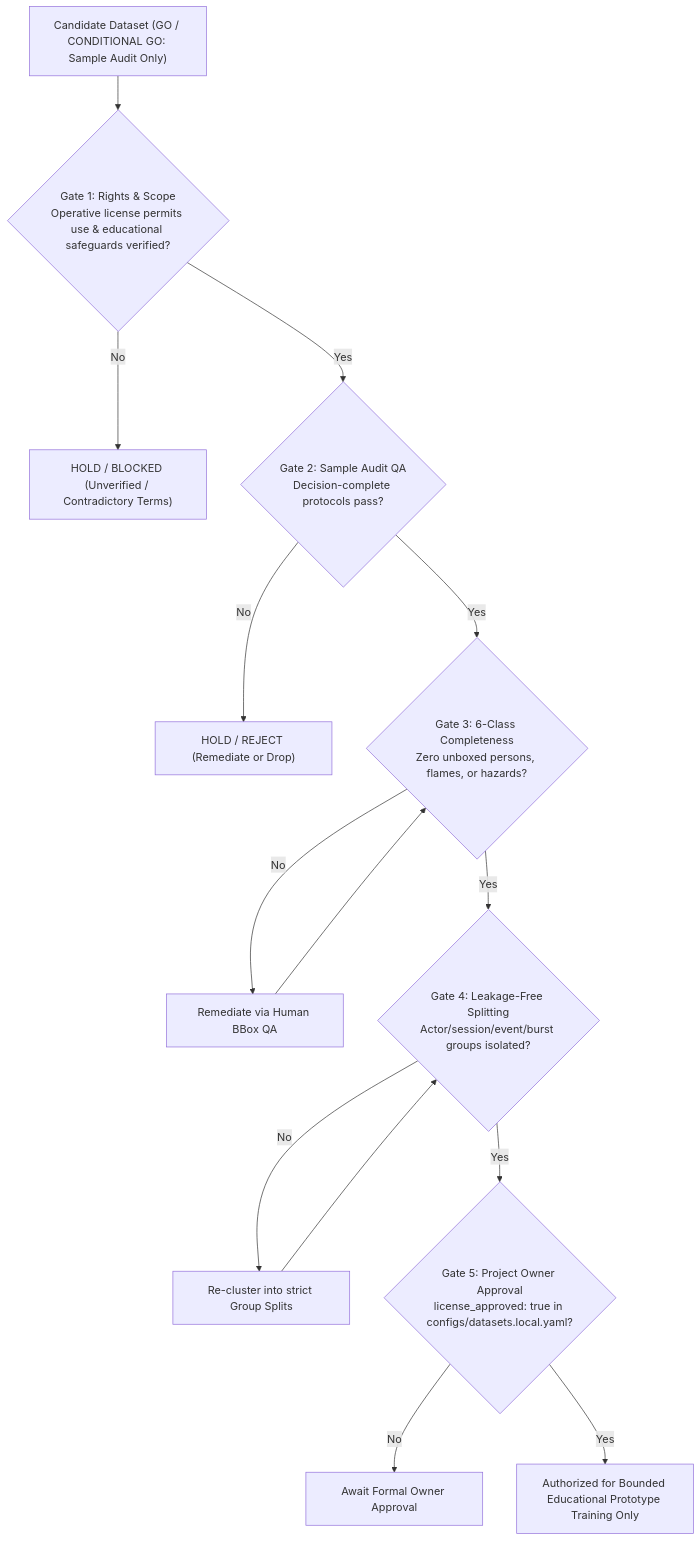
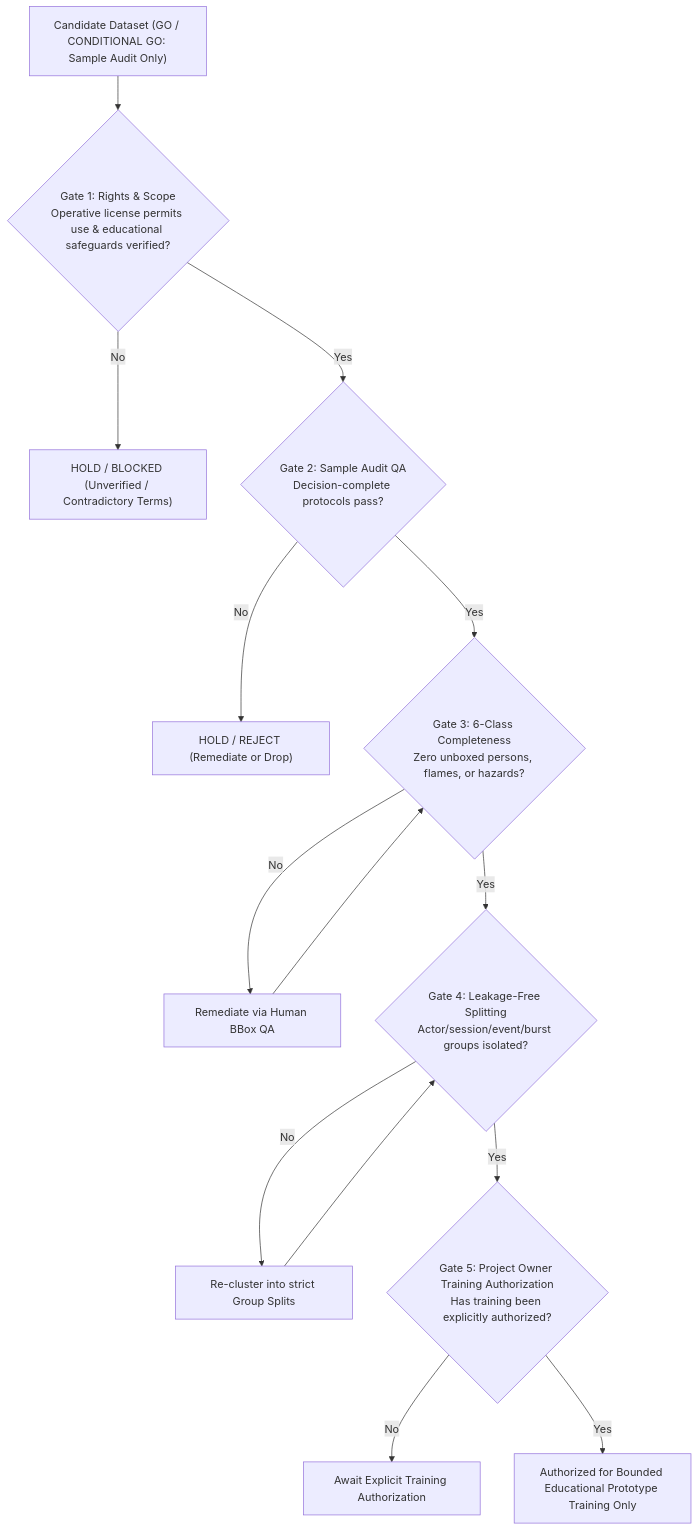
Before and after one commit to CarToon890/Project-CCTV-Safety: the diagram in docs/fall_fire_replacement_dataset_search.md, drawn with Mermaid. The commit also changed other lines of this file and 15 other files, not shown here.

````diff
--- a/docs/fall_fire_replacement_dataset_search.md
+++ b/docs/fall_fire_replacement_dataset_search.md
@@ -420,16 +448,16 @@
 ```mermaid
 flowchart TD
     Candidate["Candidate Dataset (GO / CONDITIONAL GO: Sample Audit Only)"] --> Gate1{"Gate 1: Rights & Scope<br/>Operative license permits use & educational safeguards verified?"}
     Gate1 -- No --> Block1["HOLD / BLOCKED (Unverified / Contradictory Terms)"]
     Gate1 -- Yes --> Gate2{"Gate 2: Sample Audit QA<br/>Decision-complete protocols pass?"}
     Gate2 -- No --> Block2["HOLD / REJECT (Remediate or Drop)"]
     Gate2 -- Yes --> Gate3{"Gate 3: 6-Class Completeness<br/>Zero unboxed persons, flames, or hazards?"}
     Gate3 -- No --> Remediation["Remediate via Human BBox QA"]
     Remediation --> Gate3
     Gate3 -- Yes --> Gate4{"Gate 4: Leakage-Free Splitting<br/>Actor/session/event/burst groups isolated?"}
     Gate4 -- No --> Recluster["Re-cluster into strict Group Splits"]
     Recluster --> Gate4
-    Gate4 -- Yes --> Gate5{"Gate 5: Project Owner Approval<br/>license_approved: true in configs/datasets.local.yaml?"}
-    Gate5 -- No --> AwaitOwner["Await Formal Owner Approval"]
+    Gate4 -- Yes --> Gate5{"Gate 5: Project Owner Training Authorization<br/>Has training been explicitly authorized?"}
+    Gate5 -- No --> AwaitOwner["Await Explicit Training Authorization"]
     Gate5 -- Yes --> Training["Authorized for Bounded Educational Prototype Training Only"]
 ```
````
